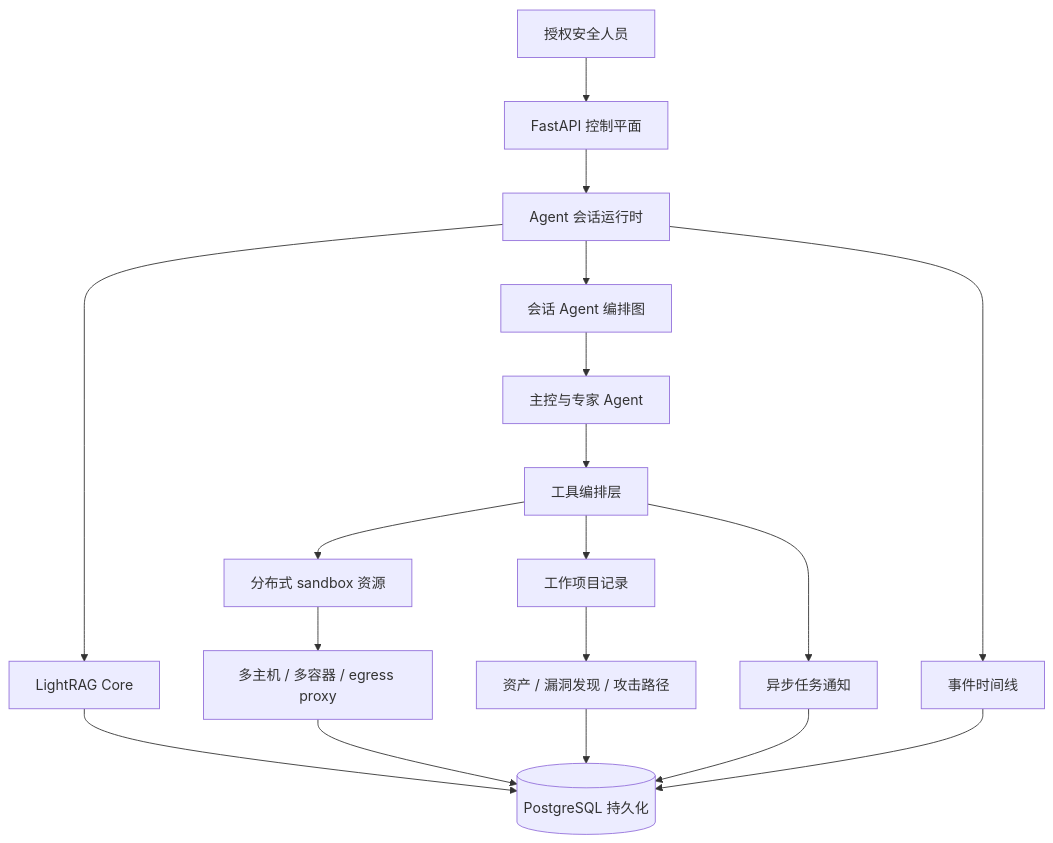
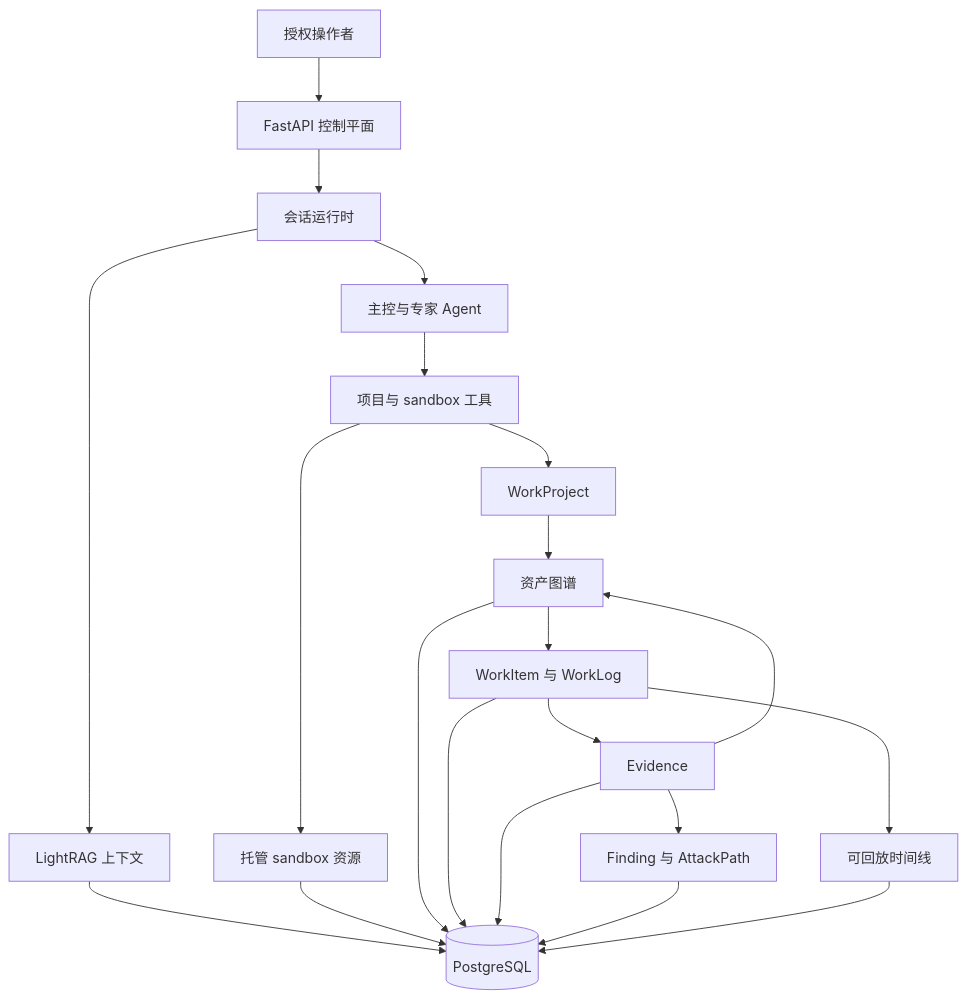
Before and after one commit to MolTau9527/Z3r0: the first of 3 diagrams in docs/zh/guide/overview.md, drawn with Mermaid. The commit also changed other lines of this file and 113 other files, not shown here.

Commit message:
feat: Add graph-driven WorkProject orchestration and evidence-backed red team workflows

````diff
--- a/docs/zh/guide/overview.md
+++ b/docs/zh/guide/overview.md
@@ -35,25 +35,31 @@
 ```mermaid
 flowchart TB
-  Operator["授权安全人员"]
+  Operator["授权操作者"]
   API["FastAPI 控制平面"]
-  Runtime["Agent 会话运行时"]
-  Graph["会话 Agent 编排图"]
+  Runtime["会话运行时"]
   Agents["主控与专家 Agent"]
-  RAG["LightRAG Core"]
-  Tools["工具编排层"]
-  Sandbox["分布式 sandbox 资源"]
-  Hosts["多主机 / 多容器 / egress proxy"]
-  Project["工作项目记录"]
-  Evidence["资产 / 漏洞发现 / 攻击路径"]
-  Async["异步任务通知"]
-  Timeline["事件时间线"]
-  Store[("PostgreSQL 持久化")]
+  RAG["LightRAG 上下文"]
+  Tools["项目与 sandbox 工具"]
+  Sandbox["托管 sandbox 资源"]
+  Project["WorkProject"]
+  Graph["资产图谱"]
+  Workflow["WorkItem 与 WorkLog"]
+  Evidence["Evidence"]
+  Conclusions["Finding 与 AttackPath"]
+  Timeline["可回放时间线"]
+  Store[("PostgreSQL")]
 
-  Operator --> API --> Runtime --> Graph --> Agents --> Tools
+  Operator --> API --> Runtime --> Agents --> Tools
   Runtime --> RAG --> Store
-
-  Tools --> Sandbox --> Hosts --> Store
-  Tools --> Project --> Evidence --> Store
-  Tools --> Async --> Store
-  Runtime --> Timeline --> Store
+  Tools --> Sandbox --> Store
+  Tools --> Project
+  Project --> Graph --> Workflow
+  Workflow --> Evidence --> Conclusions
+  Evidence --> Graph
+  Workflow --> Timeline
+  Graph --> Store
+  Workflow --> Store
+  Evidence --> Store
+  Conclusions --> Store
+  Timeline --> Store
 ```
````
